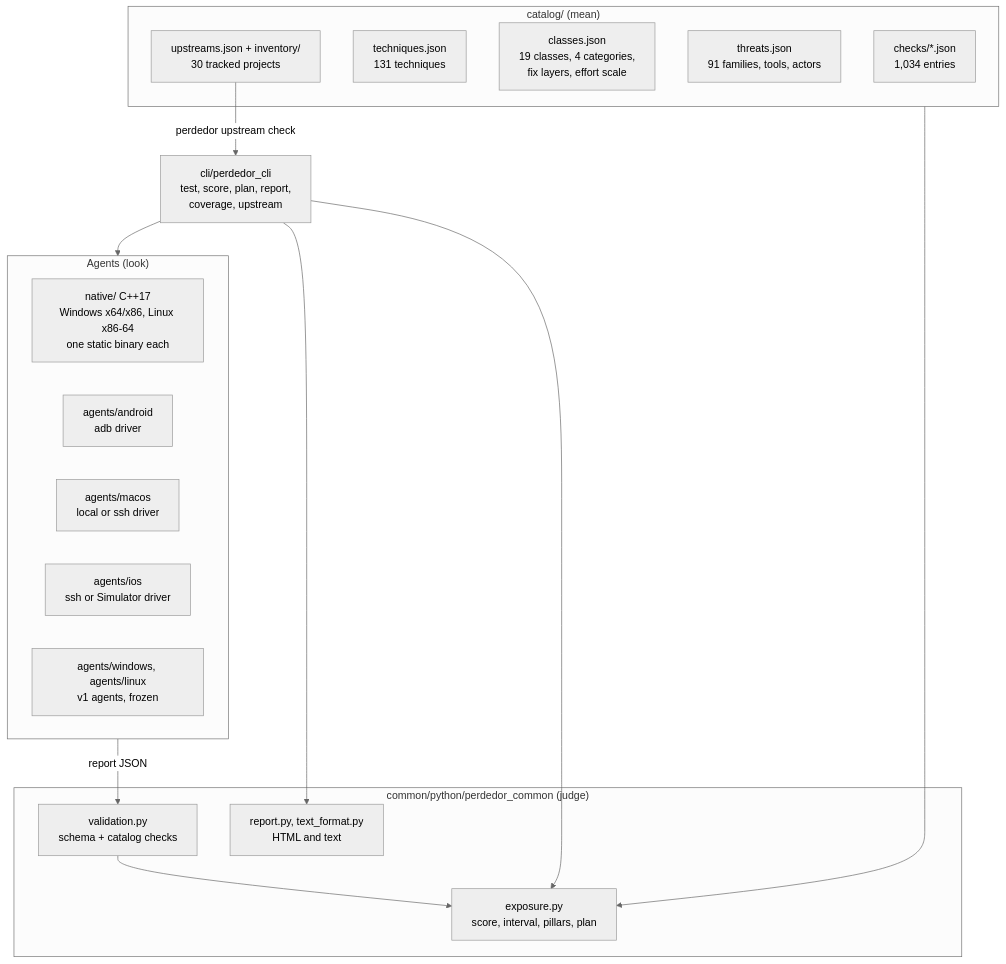
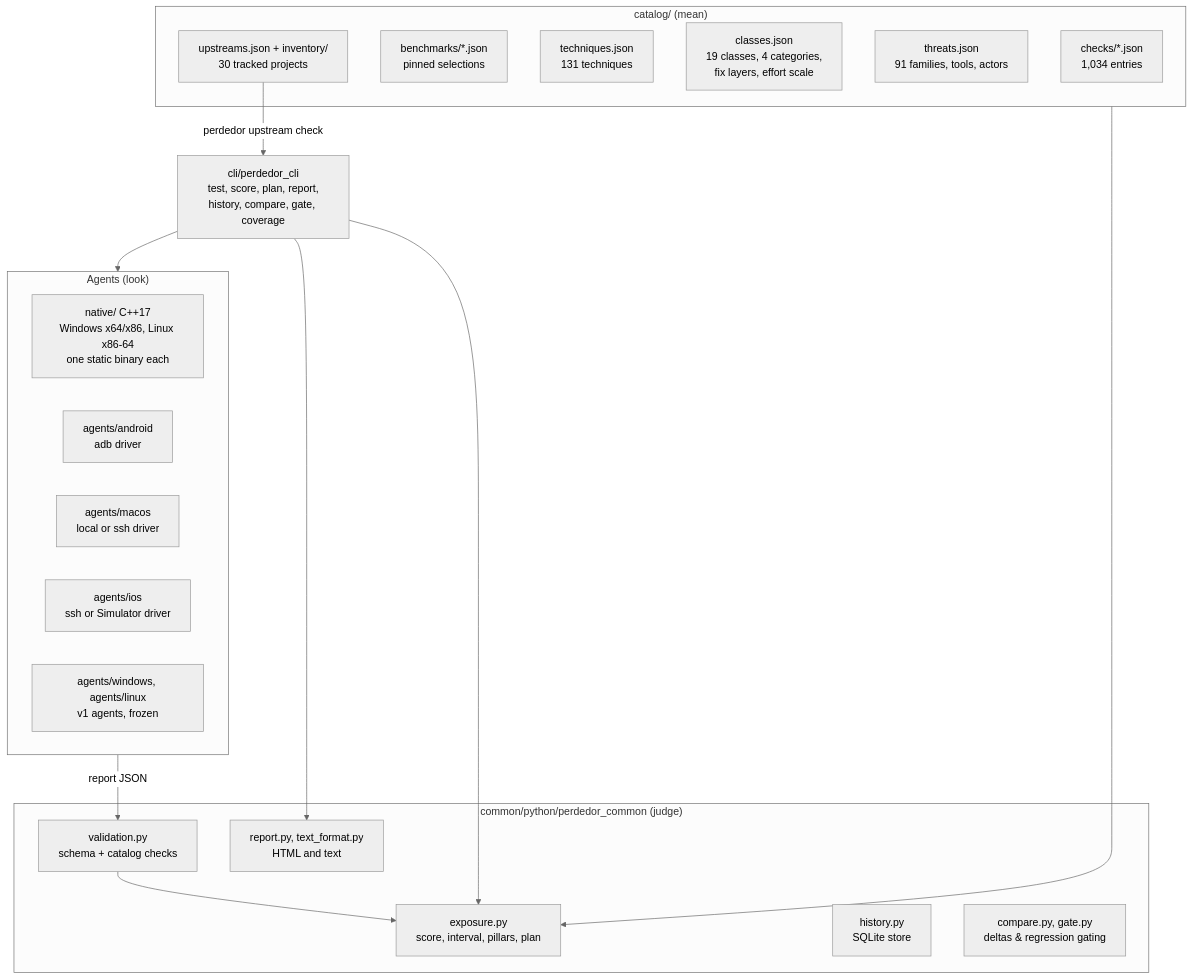
Before and after one commit to Chimera-Co/perdedor: the first of 4 diagrams in docs/ARCHITECTURE.md, drawn with Mermaid (neutral theme). The commit also changed other lines of this file and 33 other files, not shown here.

First line of the commit message:
Implement Section 4: versioned report schema, history store, compare and gate

````diff
--- a/docs/ARCHITECTURE.md
+++ b/docs/ARCHITECTURE.md
@@ -16,29 +19,32 @@
 ```mermaid
 flowchart TB
     subgraph agents["Agents (look)"]
         N["native/ C++17<br/>Windows x64/x86, Linux x86-64<br/>one static binary each"]
         AD["agents/android<br/>adb driver"]
         MA["agents/macos<br/>local or ssh driver"]
         IO["agents/ios<br/>ssh or Simulator driver"]
         V1["agents/windows, agents/linux<br/>v1 agents, frozen"]
     end
     subgraph catalog["catalog/ (mean)"]
         CH["checks/*.json<br/>1,034 entries"]
+        BM["benchmarks/*.json<br/>pinned selections"]
         TE["techniques.json<br/>131 techniques"]
         CL["classes.json<br/>19 classes, 4 categories,<br/>fix layers, effort scale"]
         TH["threats.json<br/>91 families, tools, actors"]
         UP["upstreams.json + inventory/<br/>30 tracked projects"]
     end
     subgraph assess["common/python/perdedor_common (judge)"]
         EX["exposure.py<br/>score, interval, pillars, plan"]
         VA["validation.py<br/>schema + catalog checks"]
+        HI["history.py<br/>SQLite store"]
+        CO["compare.py, gate.py<br/>deltas & regression gating"]
         RE["report.py, text_format.py<br/>HTML and text"]
     end
-    CLI["cli/perdedor_cli<br/>test, score, plan, report,<br/>coverage, upstream"]
+    CLI["cli/perdedor_cli<br/>test, score, plan, report,<br/>history, compare, gate, coverage"]
     agents --> |"report JSON"| VA --> EX
     catalog --> EX
     CLI --> agents
     CLI --> EX
     CLI --> RE
     UP --> |"perdedor upstream check"| CLI
 ```
````
